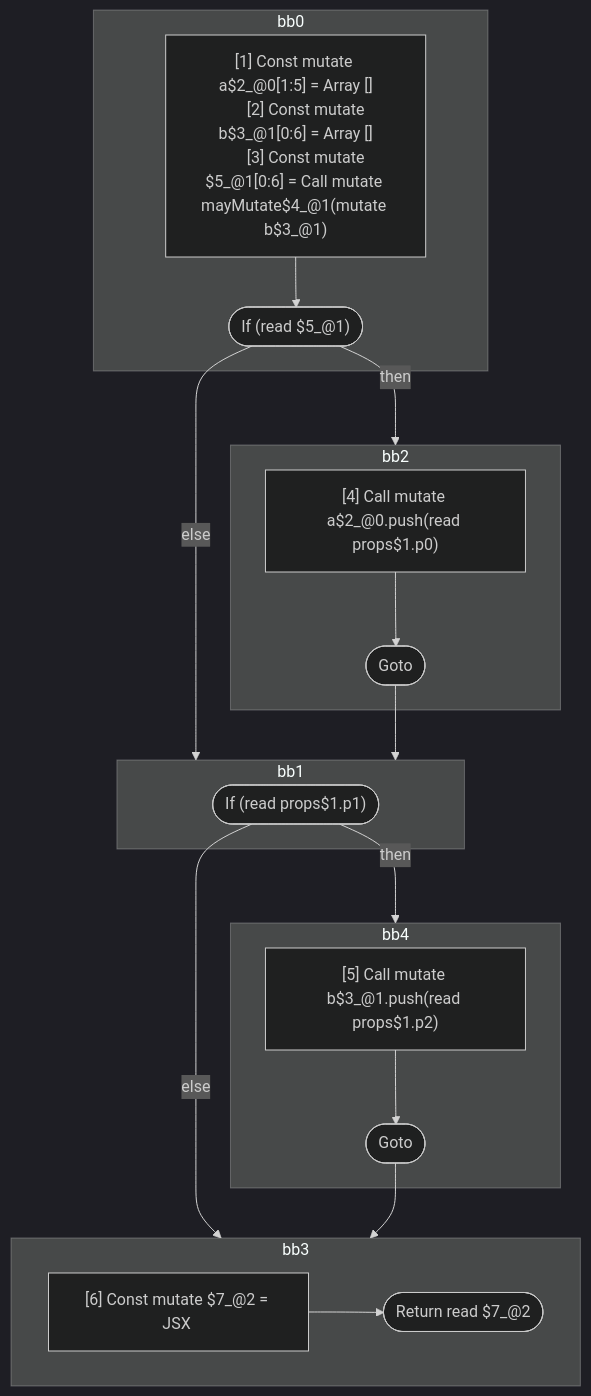
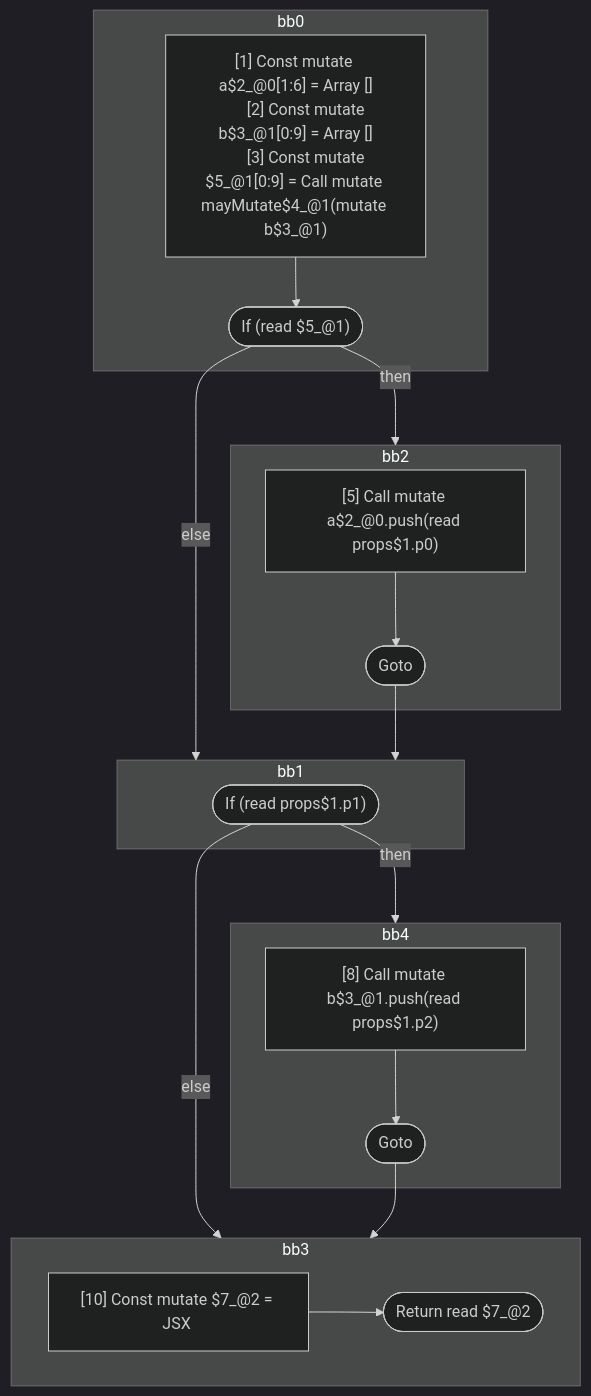
One commit to wutsmog/private changed the second of 4 diagrams in compiler/forget/src/__tests__/fixtures/hir/conditional-on-mutable.expect.md. Above: the diagram before and after it, drawn with Mermaid (dark theme). The commit also changed other lines of this file and 61 other files, not shown here.

````diff
--- a/compiler/forget/src/__tests__/fixtures/hir/conditional-on-mutable.expect.md
+++ b/compiler/forget/src/__tests__/fixtures/hir/conditional-on-mutable.expect.md
@@ -179,42 +179,42 @@
 ```mermaid
 flowchart TB
   %% Basic Blocks
   subgraph bb0
     bb0_instrs["
-      [1] Const mutate a$2_@0[1:5] = Array []
-      [2] Const mutate b$3_@1[0:6] = Array []
-      [3] Const mutate $5_@1[0:6] = Call mutate mayMutate$4_@1(mutate b$3_@1)
+      [1] Const mutate a$2_@0[1:6] = Array []
+      [2] Const mutate b$3_@1[0:9] = Array []
+      [3] Const mutate $5_@1[0:9] = Call mutate mayMutate$4_@1(mutate b$3_@1)
     "]
     bb0_instrs --> bb0_terminal(["If (read $5_@1)"])
   end
   subgraph bb2
     bb2_instrs["
-      [4] Call mutate a$2_@0.push(read props$1.p0)
+      [5] Call mutate a$2_@0.push(read props$1.p0)
     "]
     bb2_instrs --> bb2_terminal(["Goto"])
   end
   subgraph bb1
     bb1_terminal(["If (read props$1.p1)"])
   end
   subgraph bb4
     bb4_instrs["
-      [5] Call mutate b$3_@1.push(read props$1.p2)
+      [8] Call mutate b$3_@1.push(read props$1.p2)
     "]
     bb4_instrs --> bb4_terminal(["Goto"])
   end
   subgraph bb3
     bb3_instrs["
-      [6] Const mutate $7_@2 = JSX <read Foo$6 a={freeze a$2_@0} b={freeze b$3_@1} ></read Foo$6>
+      [10] Const mutate $7_@2 = JSX <read Foo$6 a={freeze a$2_@0} b={freeze b$3_@1} ></read Foo$6>
     "]
     bb3_instrs --> bb3_terminal(["Return read $7_@2"])
   end
 
   %% Jumps
   bb0_terminal -- "then" --> bb2
   bb0_terminal -- "else" --> bb1
   bb2_terminal --> bb1
   bb1_terminal -- "then" --> bb4
   bb1_terminal -- "else" --> bb3
   bb4_terminal --> bb3
 
 ```
````
